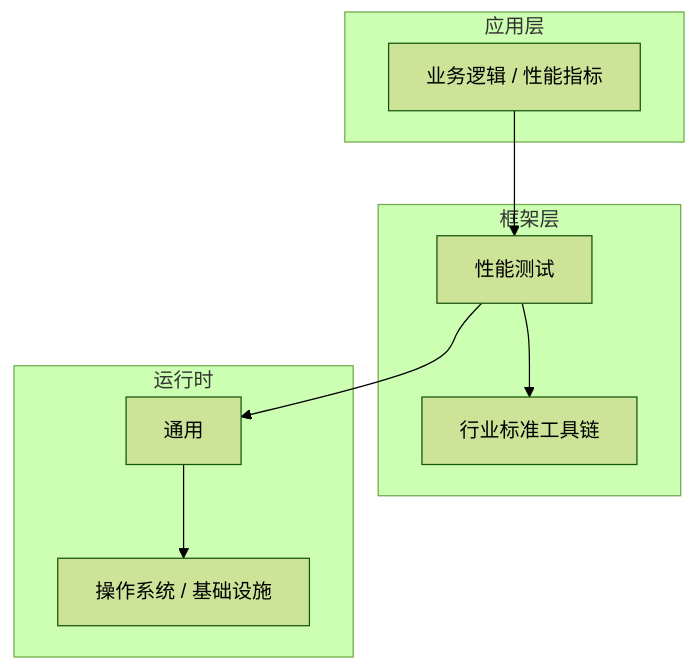
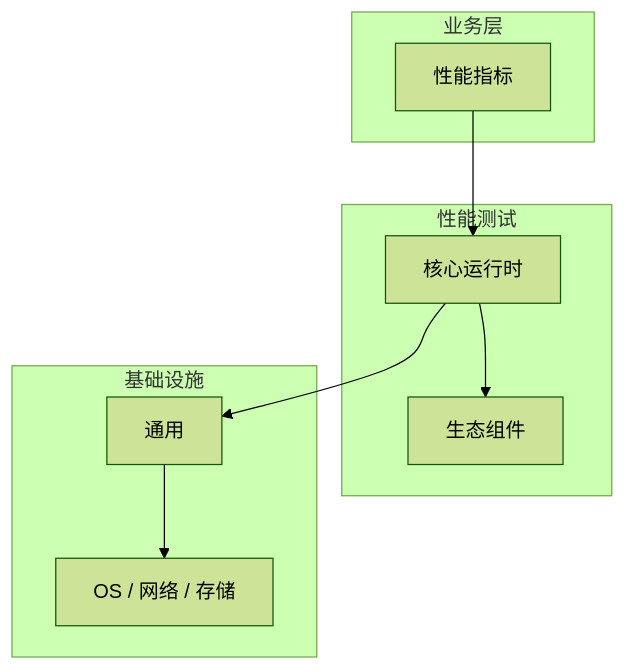
Before and after one commit to yanggan2015/knowledge-json-v2: the diagram in articles/性能测试/chapters/050-性能指标核心概念与原理.md, drawn with Mermaid (forest theme). The commit also changed other lines of this file and 10127 other files, not shown here.

````diff
--- a/articles/性能测试/chapters/050-性能指标核心概念与原理.md
+++ b/articles/性能测试/chapters/050-性能指标核心概念与原理.md
@@ -45,18 +34,18 @@
 ```mermaid
 graph TB
-    subgraph 应用层
-        A[业务逻辑 / 性能指标]
+    subgraph 业务层
+        A[性能指标]
     end
-    subgraph 框架层
-        B[性能测试]
-        C[行业标准工具链]
+    subgraph 性能测试
+        B[核心运行时]
+        C[生态组件]
     end
-    subgraph 运行时
+    subgraph 基础设施
         D[通用]
-        E[操作系统 / 基础设施]
+        E[OS / 网络 / 存储]
     end
     A --> B
     B --> C
     B --> D
     D --> E
 ```
````
